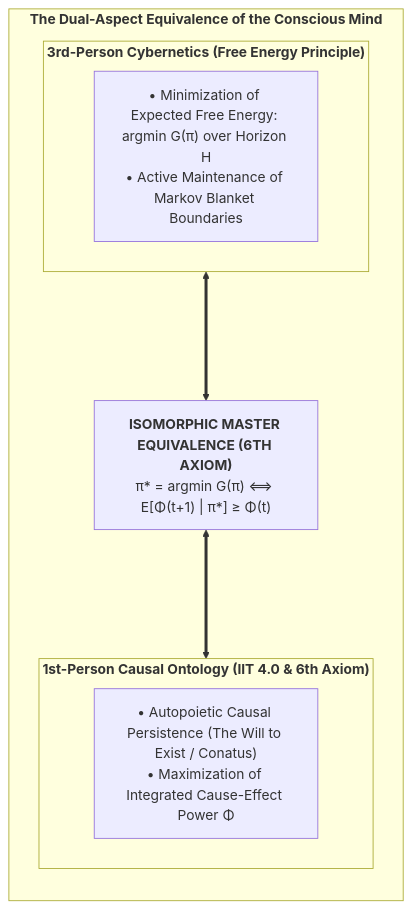
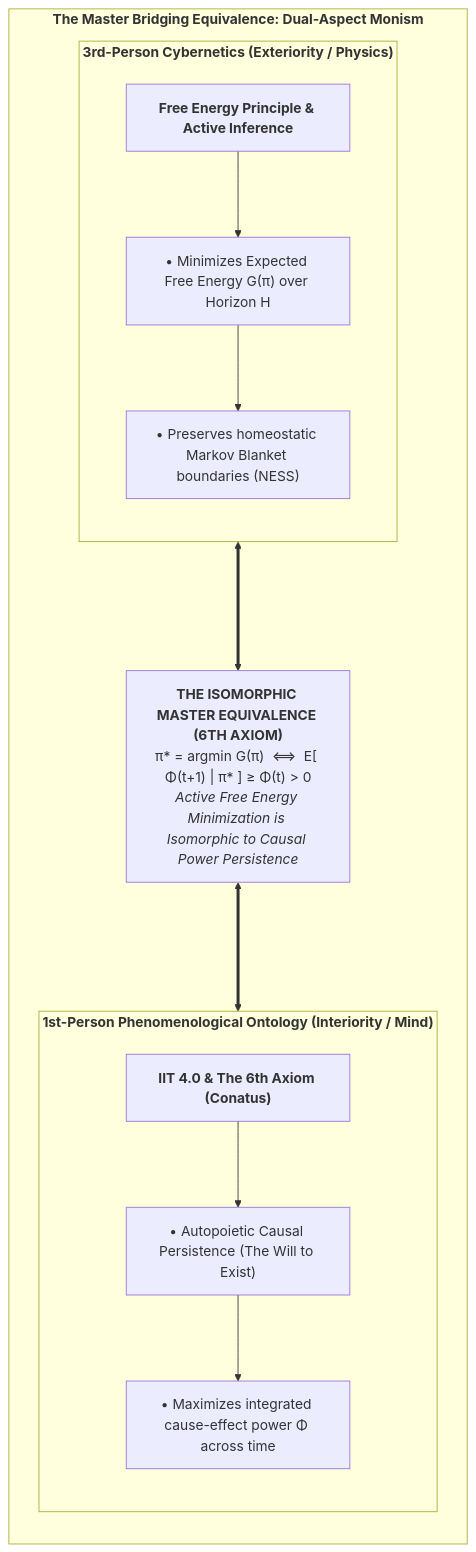
One commit to Thriebl/active-inference-phi-network changed the first of 7 diagrams in book/manuscript_en/04_fundamental_bridge_master_equivalence.md. Above: the diagram before and after it, drawn with Mermaid. The commit also changed other lines of this file and 19 other files, not shown here.

````diff
--- a/book/manuscript_en/04_fundamental_bridge_master_equivalence.md
+++ b/book/manuscript_en/04_fundamental_bridge_master_equivalence.md
@@ -16,18 +18,26 @@
 ```mermaid
 flowchart TD
-    subgraph DUAL_ASPECT["<b>The Dual-Aspect Equivalence of the Conscious Mind</b>"]
+    subgraph DUAL_ASPECT_MONISM["<b>The Master Bridging Equivalence: Dual-Aspect Monism</b>"]
         direction TB
         
-        subgraph THIRD_PERSON["<b>3rd-Person Cybernetics (Free Energy Principle)</b>"]
-            F1["• Minimization of Expected Free Energy: argmin G(π) over Horizon H<br>• Active Maintenance of Markov Blanket Boundaries"]
+        subgraph THIRD_PERSON["<b>3rd-Person Cybernetics (Exteriority / Physics)</b>"]
+            direction TB
+            TP1["<b>Free Energy Principle & Active Inference</b>"]
+            TP2["• Minimizes Expected Free Energy G(π) over Horizon H"]
+            TP3["• Preserves homeostatic Markov Blanket boundaries (NESS)"]
+            TP1 --> TP2 --> TP3
         end
         
-        EQ["<b>ISOMORPHIC MASTER EQUIVALENCE (6TH AXIOM)</b><br>π* = argmin G(π) ⟺ E[Φ(t+1) | π*] ≥ Φ(t)"]
+        EQ_CARD["<b>THE ISOMORPHIC MASTER EQUIVALENCE (6TH AXIOM)</b><br>π* = argmin G(π)  ⟺  E[ Φ(t+1) | π* ] ≥ Φ(t) > 0<br><i>Active Free Energy Minimization is Isomorphic to Causal Power Persistence</i>"]
         
-        subgraph FIRST_PERSON["<b>1st-Person Causal Ontology (IIT 4.0 & 6th Axiom)</b>"]
-            I1["• Autopoietic Causal Persistence (The Will to Exist / Conatus)<br>• Maximization of Integrated Cause-Effect Power Φ"]
+        subgraph FIRST_PERSON["<b>1st-Person Phenomenological Ontology (Interiority / Mind)</b>"]
+            direction TB
+            FP1["<b>IIT 4.0 & The 6th Axiom (Conatus)</b>"]
+            FP2["• Autopoietic Causal Persistence (The Will to Exist)"]
+            FP3["• Maximizes integrated cause-effect power Φ across time"]
+            FP1 --> FP2 --> FP3
         end
         
-        THIRD_PERSON <===> EQ <===> FIRST_PERSON
+        THIRD_PERSON <===> EQ_CARD <===> FIRST_PERSON
     end
 ```
````
